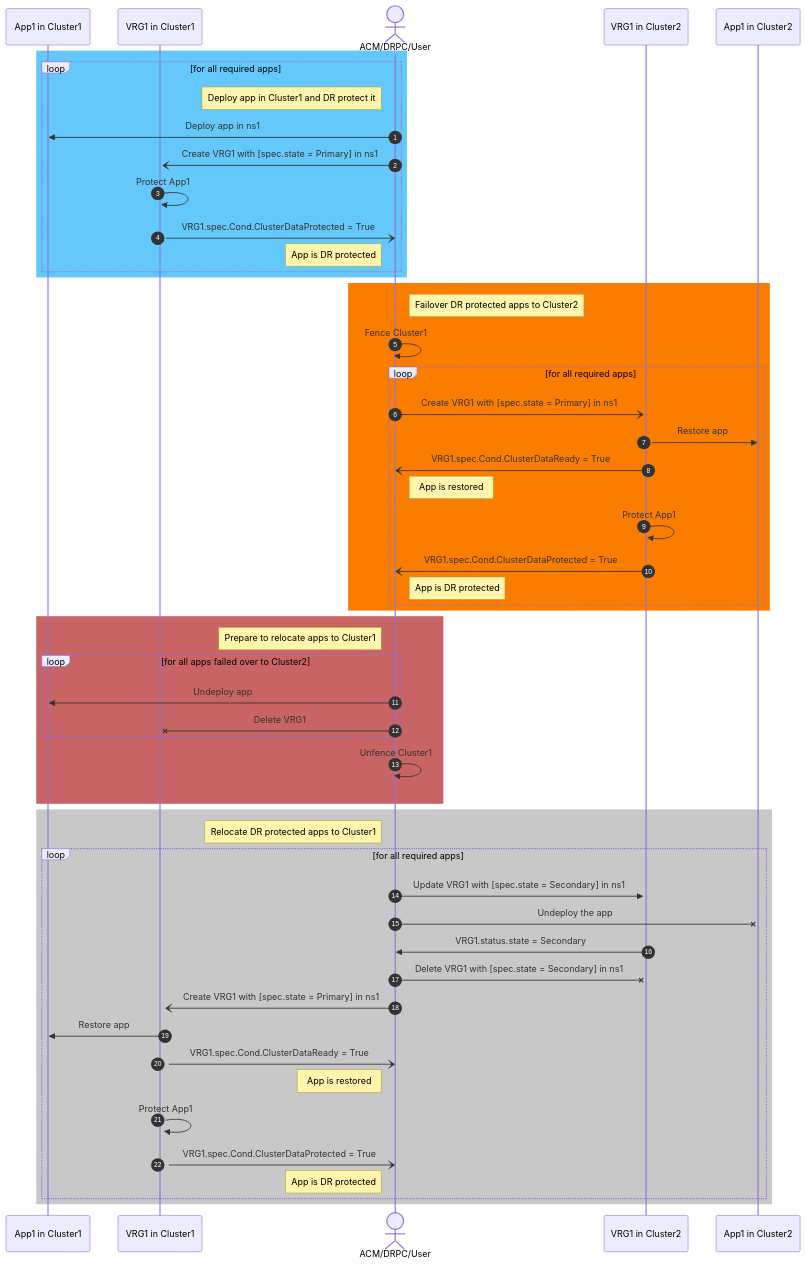
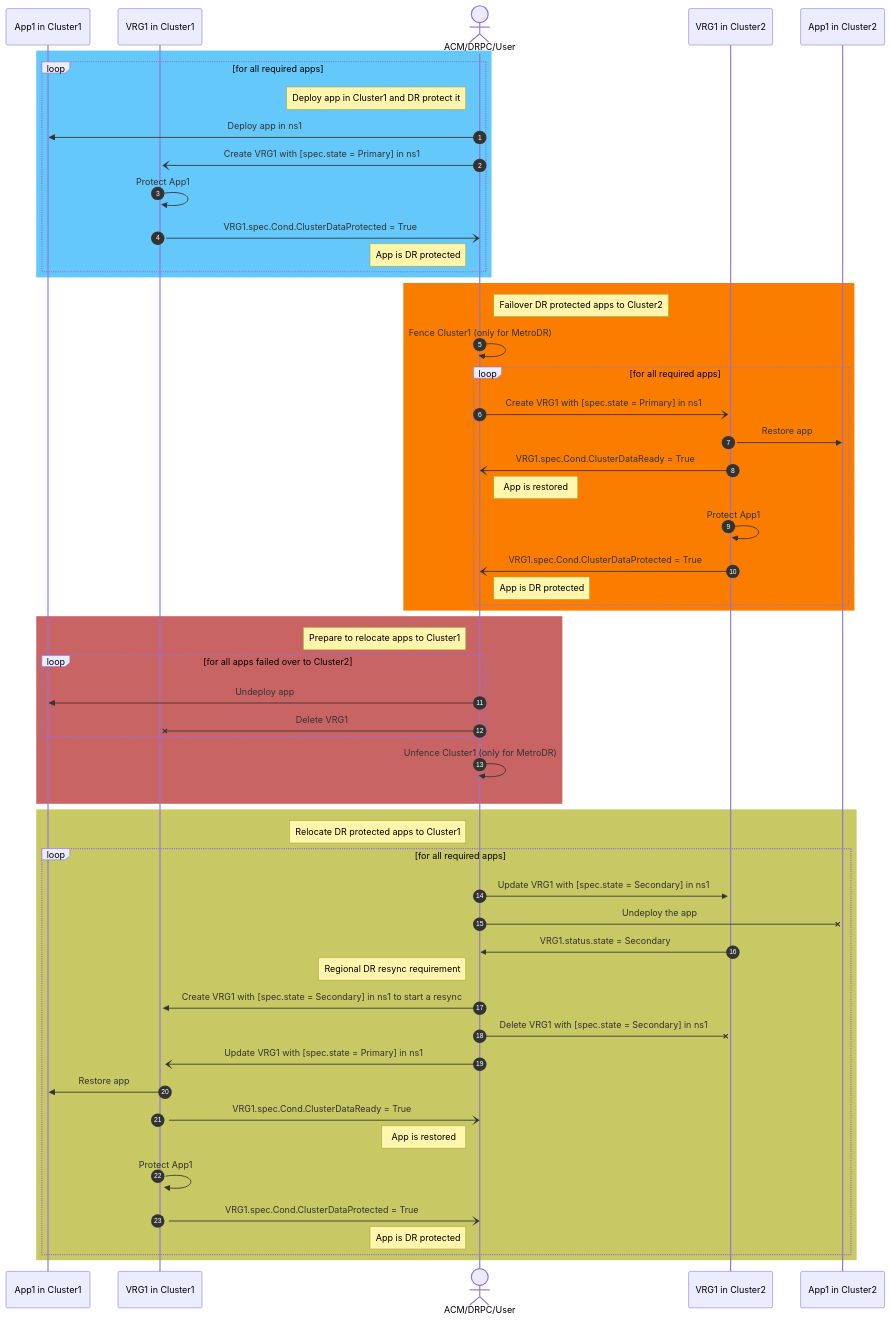
The diagram in docs/vrg-sequence-diagram.md (hatfieldbrian/ramen), drawn with Mermaid before and after one commit. The commit also changed other lines of this file, not shown here.

Commit message:
Sequence diagram: VRG in Secondary state on Relocate Target

````diff
--- a/docs/vrg-sequence-diagram.md
+++ b/docs/vrg-sequence-diagram.md
@@ -5,70 +7,72 @@
 ```mermaid
 sequenceDiagram
 autonumber
 participant C1App1 as App1 in Cluster1
 participant C1VRG1 as VRG1 in Cluster1
 Actor User as ACM/DRPC/User
 participant C2VRG1 as VRG1 in Cluster2
 participant C2App1 as App1 in Cluster2
 rect rgb(100,200,250)
     loop for all required apps
         note left of User: Deploy app in Cluster1 and DR protect it
         User ->> C1App1 : Deploy app in ns1
         activate C1VRG1
         User -) C1VRG1:Create VRG1 with [spec.state = Primary] in ns1
         C1VRG1 ->> C1VRG1: Protect App1
         % C1VRG1 -) User:VRG1.spec.Cond.DataProtected = True
         C1VRG1 -) User:VRG1.spec.Cond.ClusterDataProtected = True
         % C1VRG1 -) User:App Protected [spec.status = Primary]
         note left of User: App is DR protected
     end
 end
 
 
 rect rgb(250,125,0)
     note right of User: Failover DR protected apps to Cluster2
-    User ->> User: Fence Cluster1
+    User ->> User: Fence Cluster1 (only for MetroDR)
     loop for all required apps
         activate C2VRG1
         User -) C2VRG1:Create VRG1 with [spec.state = Primary] in ns1
         % C2VRG1 -) User:VRG1.spec.Cond.DataReady = True
         C2VRG1 ->> C2App1: Restore app
         activate C2App1
         C2VRG1 -) User:VRG1.spec.Cond.ClusterDataReady = True
         note right of User: App is restored
         C2VRG1 ->> C2VRG1: Protect App1
         C2VRG1 -) User:VRG1.spec.Cond.ClusterDataProtected = True
         note right of User: App is DR protected
     end
 end
 
 rect rgb(200,100,100)
     note left of User: Prepare to relocate apps to Cluster1
     loop for all apps failed over to Cluster2
         User ->> C1App1: Undeploy app
         User -x C1VRG1: Delete VRG1
     end
-    User ->> User: Unfence Cluster1
+    User ->> User: Unfence Cluster1 (only for MetroDR)
 
 end
 
-rect rgb(200,200,200)
+rect rgb(200,200,100)
 note left of User: Relocate DR protected apps to Cluster1
     loop for all required apps
         User ->> C2VRG1: Update VRG1 with [spec.state = Secondary] in ns1
         User -x C2App1: Undeploy the app
         C2VRG1 ->> User: VRG1.status.state = Secondary
+        note left of User: Regional DR resync requirement
+        User ->> C1VRG1: Create VRG1 with [spec.state = Secondary] in ns1 to start a resync
         User -x C2VRG1: Delete VRG1 with [spec.state = Secondary] in ns1
         activate C1VRG1
-        User -) C1VRG1:Create VRG1 with [spec.state = Primary] in ns1
+        User -) C1VRG1:Update VRG1 with [spec.state = Primary] in ns1
         % C1VRG1 -) User:VRG1.spec.Cond.DataReady = True
         C1VRG1 ->> C1App1: Restore app
         activate C1App1
         C1VRG1 -) User:VRG1.spec.Cond.ClusterDataReady = True
         note left of User: App is restored
         C1VRG1 ->> C1VRG1: Protect App1
         C1VRG1 -) User:VRG1.spec.Cond.ClusterDataProtected = True
         note left of User: App is DR protected
     end
 end
 ```
````
